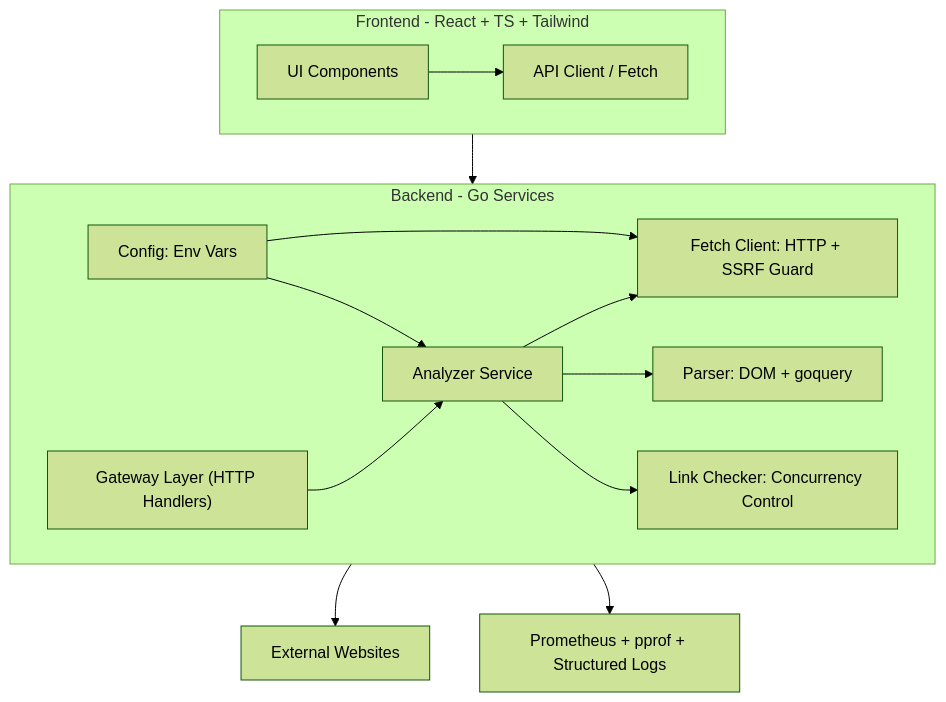
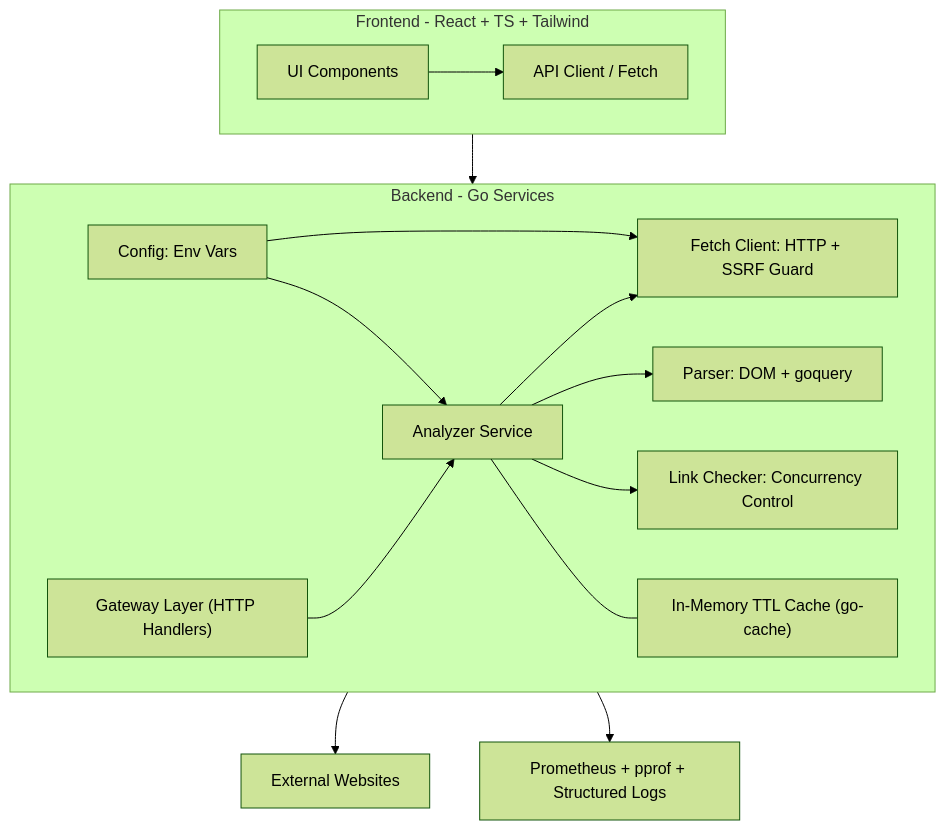
The diagram in docs/ARCHITECTURE.md (ChanakaWithanage/page-analyzer), drawn with Mermaid (forest theme) before and after one commit. The commit also changed other lines of this file and 4 other files, not shown here.

Commit message:
in memory cache added

````diff
--- a/docs/ARCHITECTURE.md
+++ b/docs/ARCHITECTURE.md
@@ -20,20 +20,22 @@
 ```mermaid
 flowchart TD
   subgraph FE["Frontend - React + TS + Tailwind"]
     A["UI Components"] --> B["API Client / Fetch"]
   end
 
   subgraph BE["Backend - Go Services"]
     B1["Gateway Layer (HTTP Handlers)"] --> B2["Analyzer Service"]
     B2 --> B3["Fetch Client: HTTP + SSRF Guard"]
     B2 --> B4["Parser: DOM + goquery"]
     B2 --> B5["Link Checker: Concurrency Control"]
+    B2 --- B6["In-Memory TTL Cache (go-cache)"]
     C["Config: Env Vars"] --> B2
     C --> B3
   end
 
   FE --> BE
   BE --> EXT["External Websites"]
   BE --> OBS["Prometheus + pprof + Structured Logs"]
 
+
 ```
````
